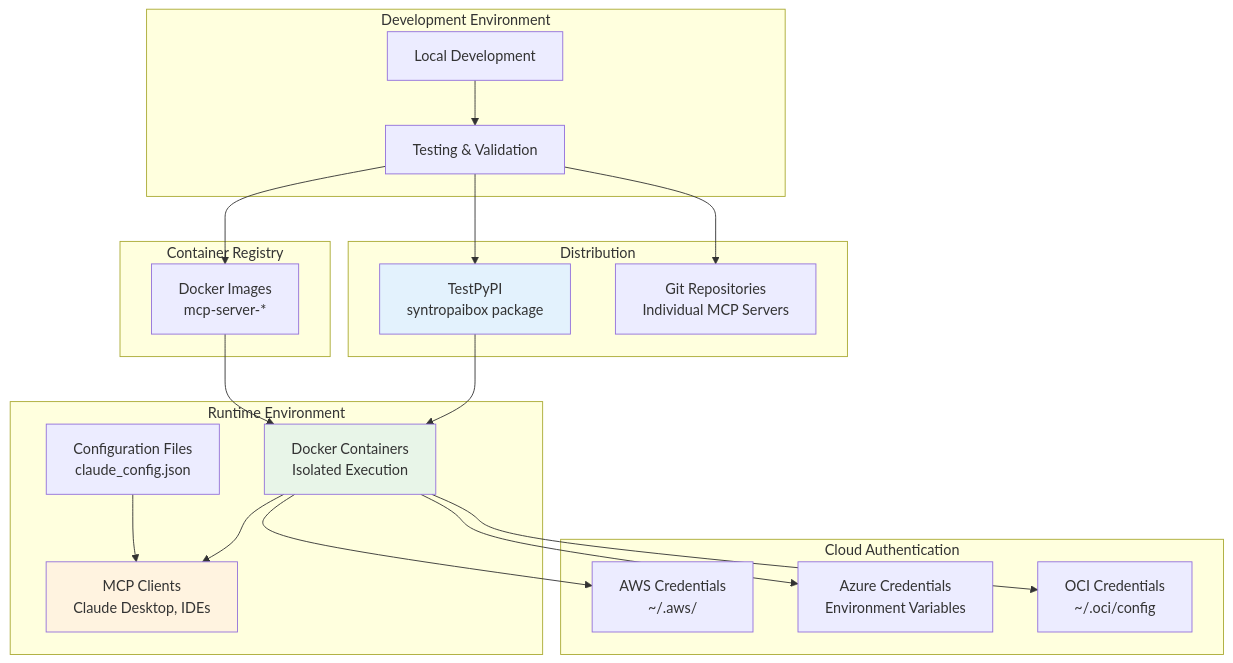
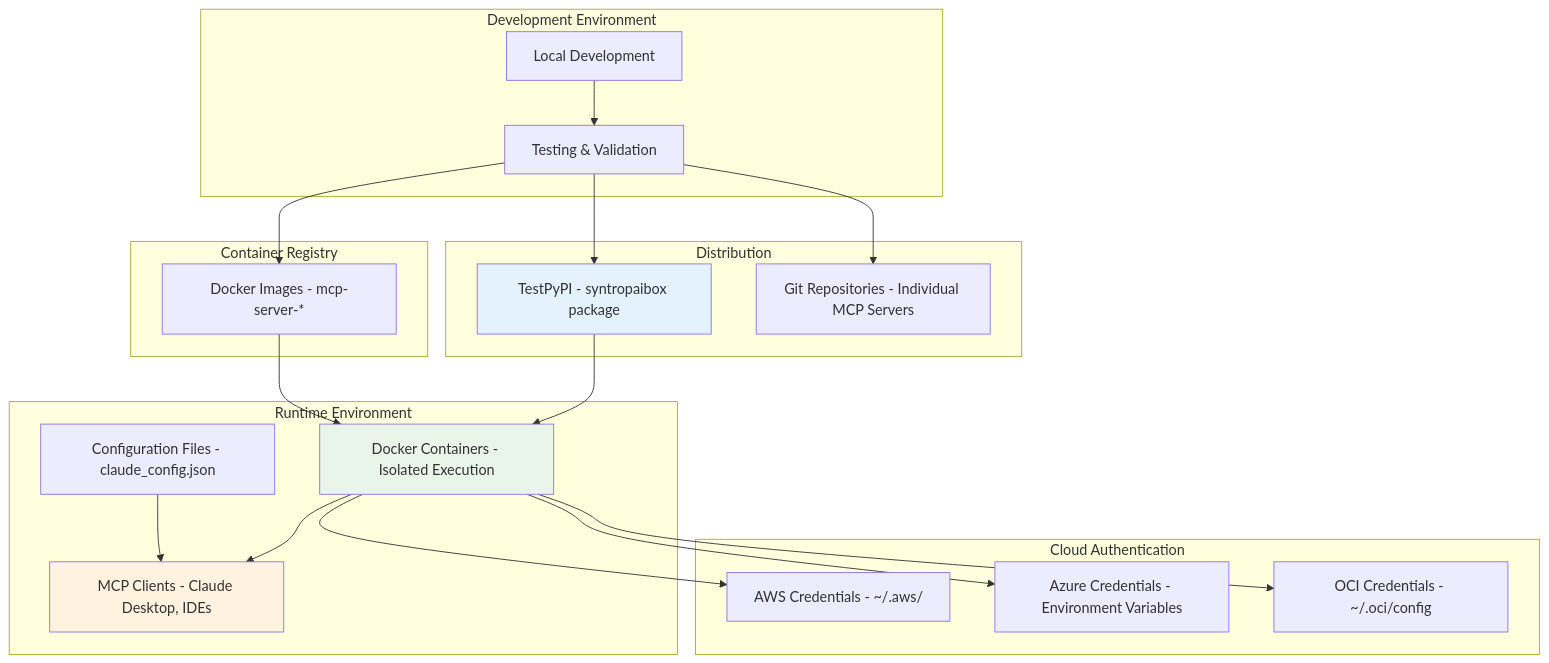
One commit to paihari/documentation-syntropai changed the eighth of 8 diagrams in ARCHITECTURE.md. Above: the diagram before and after it, drawn with Mermaid. The commit also changed other lines of this file, not shown here.

First line of the commit message:
Fix all Mermaid diagram rendering issues

````diff
--- a/ARCHITECTURE.md
+++ b/ARCHITECTURE.md
@@ -305,46 +305,46 @@
 ```mermaid
 graph TB
     subgraph "Development Environment"
         DEV[Local Development]
         TEST[Testing & Validation]
     end
     
     subgraph "Container Registry"
-        DOCKER[Docker Images<br/>mcp-server-*]
+        DOCKER[Docker Images - mcp-server-*]
     end
     
     subgraph "Distribution"
-        PYPI[TestPyPI<br/>syntropaibox package]
-        GIT[Git Repositories<br/>Individual MCP Servers]
+        PYPI[TestPyPI - syntropaibox package]
+        GIT[Git Repositories - Individual MCP Servers]
     end
     
     subgraph "Runtime Environment"
-        CONTAINER[Docker Containers<br/>Isolated Execution]
-        CONFIG[Configuration Files<br/>claude_config.json]
-        CLIENT[MCP Clients<br/>Claude Desktop, IDEs]
+        CONTAINER[Docker Containers - Isolated Execution]
+        CONFIG[Configuration Files - claude_config.json]
+        CLIENT[MCP Clients - Claude Desktop, IDEs]
     end
     
     subgraph "Cloud Authentication"
-        AWS_CRED[AWS Credentials<br/>~/.aws/]
-        AZURE_CRED[Azure Credentials<br/>Environment Variables]
-        OCI_CRED[OCI Credentials<br/>~/.oci/config]
+        AWS_CRED[AWS Credentials - ~/.aws/]
+        AZURE_CRED[Azure Credentials - Environment Variables]
+        OCI_CRED[OCI Credentials - ~/.oci/config]
     end
     
     DEV --> TEST
     TEST --> DOCKER
     TEST --> PYPI
     TEST --> GIT
     
     DOCKER --> CONTAINER
     PYPI --> CONTAINER
     CONFIG --> CLIENT
     CONTAINER --> CLIENT
     
     CONTAINER --> AWS_CRED
     CONTAINER --> AZURE_CRED
     CONTAINER --> OCI_CRED
     
     style CONTAINER fill:#e8f5e8
     style PYPI fill:#e3f2fd
     style CLIENT fill:#fff3e0
 ```
````
